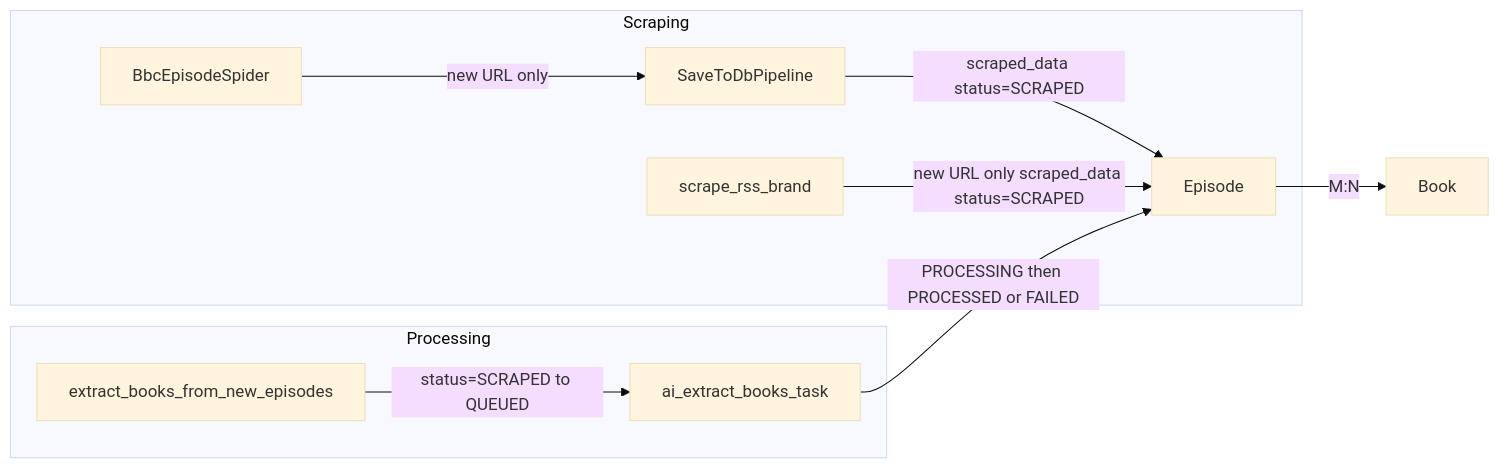
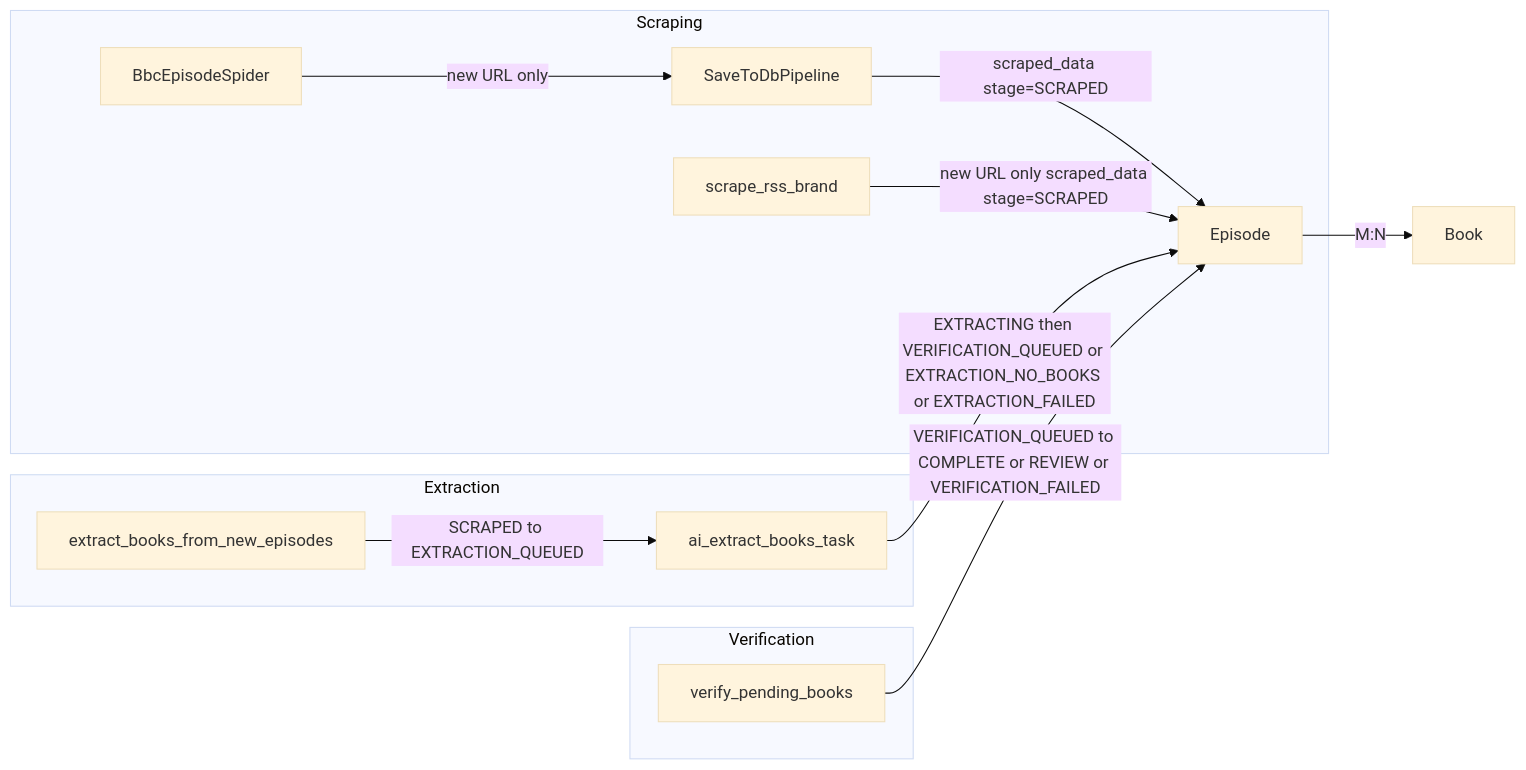
Before and after one commit to seb-thomas/scaling-engine: the second of 2 diagrams in ARCHITECTURE.md, drawn with Mermaid (base theme). The commit also changed other lines of this file and 15 other files, not shown here.

First line of the commit message:
Unify Episode status+review_status into single stage field

````diff
--- a/ARCHITECTURE.md
+++ b/ARCHITECTURE.md
@@ -167,18 +186,22 @@
 ```mermaid
 flowchart LR
   subgraph scrape [Scraping]
     Spider[BbcEpisodeSpider]
     RSS[scrape_rss_brand]
     Pipeline[SaveToDbPipeline]
     Spider -->|new URL only| Pipeline
-    Pipeline -->|scraped_data status=SCRAPED| Episode[Episode]
-    RSS -->|new URL only scraped_data status=SCRAPED| Episode
+    Pipeline -->|scraped_data stage=SCRAPED| Episode[Episode]
+    RSS -->|new URL only scraped_data stage=SCRAPED| Episode
   end
-  subgraph process [Processing]
+  subgraph extract [Extraction]
     Scheduler[extract_books_from_new_episodes]
     AITask[ai_extract_books_task]
-    Scheduler -->|status=SCRAPED to QUEUED| AITask
-    AITask -->|PROCESSING then PROCESSED or FAILED| Episode
+    Scheduler -->|SCRAPED to EXTRACTION_QUEUED| AITask
+    AITask -->|EXTRACTING then VERIFICATION_QUEUED or EXTRACTION_NO_BOOKS or EXTRACTION_FAILED| Episode
+  end
+  subgraph verify [Verification]
+    VerifyTask[verify_pending_books]
+    VerifyTask -->|VERIFICATION_QUEUED to COMPLETE or REVIEW or VERIFICATION_FAILED| Episode
   end
   Episode -->|M:N| Book[Book]
 ```
````
